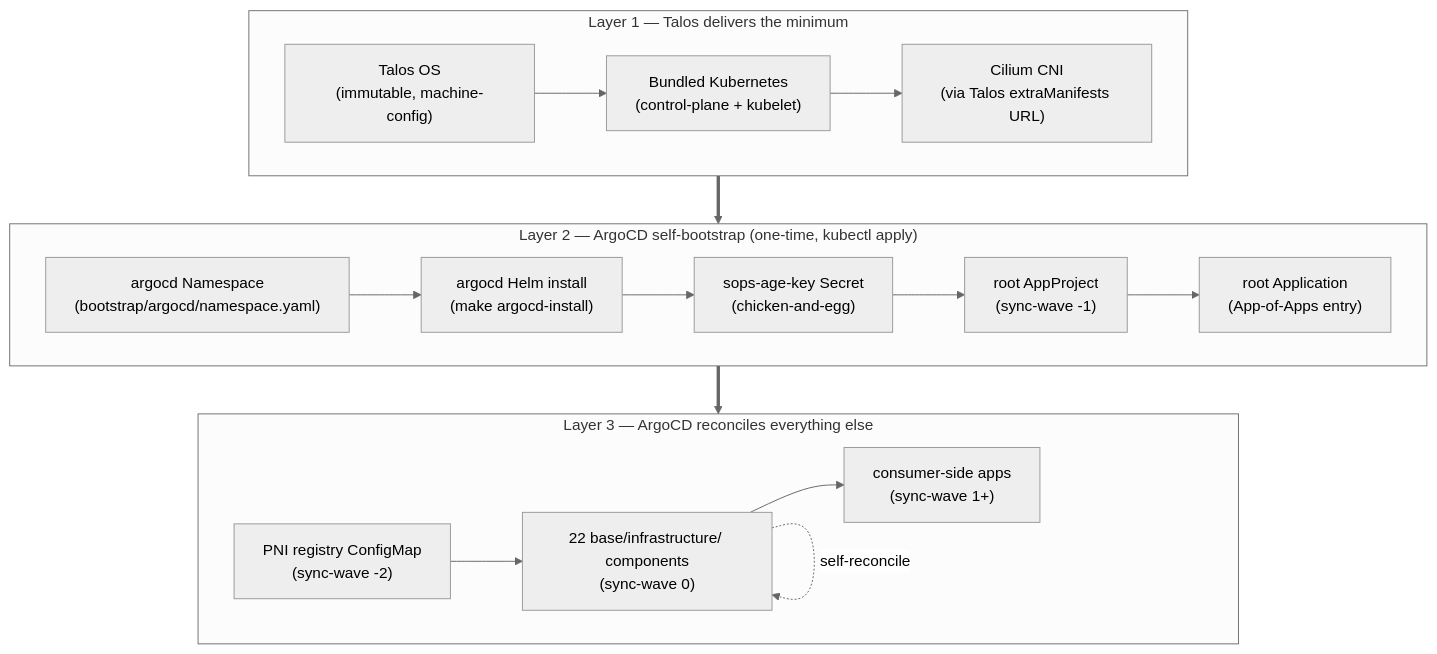
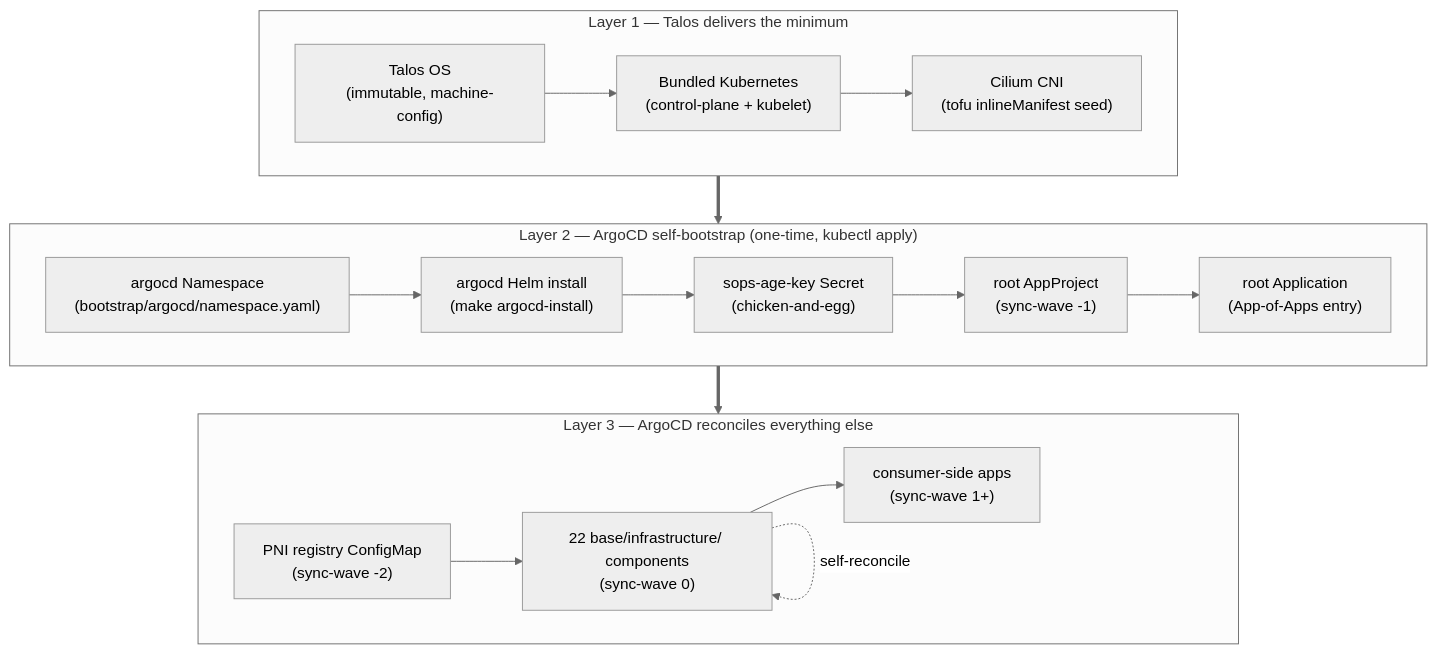
Before and after one commit to Nosmoht/talos-platform-base: the diagram in docs/day-zero-pattern.md, drawn with Mermaid. The commit also changed other lines of this file and 2 other files, not shown here.

````diff
--- a/docs/day-zero-pattern.md
+++ b/docs/day-zero-pattern.md
@@ -26,32 +29,32 @@
 ```mermaid
 %%{init: { "theme": "neutral" } }%%
 flowchart TB
   subgraph L1["Layer 1 — Talos delivers the minimum"]
     direction LR
     talos["Talos OS<br/>(immutable, machine-config)"]
     k8s["Bundled Kubernetes<br/>(control-plane + kubelet)"]
-    cilium["Cilium CNI<br/>(via Talos extraManifests URL)"]
+    cilium["Cilium CNI<br/>(tofu inlineManifest seed)"]
     talos --> k8s --> cilium
   end
 
   subgraph L2["Layer 2 — ArgoCD self-bootstrap (one-time, kubectl apply)"]
     direction LR
     ns["argocd Namespace<br/>(bootstrap/argocd/namespace.yaml)"]
     helm["argocd Helm install<br/>(make argocd-install)"]
     sops["sops-age-key Secret<br/>(chicken-and-egg)"]
     appproj["root AppProject<br/>(sync-wave -1)"]
     rootapp["root Application<br/>(App-of-Apps entry)"]
     ns --> helm --> sops --> appproj --> rootapp
   end
 
   subgraph L3["Layer 3 — ArgoCD reconciles everything else"]
     direction LR
     reg["PNI registry ConfigMap<br/>(sync-wave -2)"]
     infra["22 base/infrastructure/ components<br/>(sync-wave 0)"]
     apps["consumer-side apps<br/>(sync-wave 1+)"]
     reg --> infra --> apps
     infra -. self-reconcile .-> infra
   end
 
   L1 ==> L2 ==> L3
 ```
````
